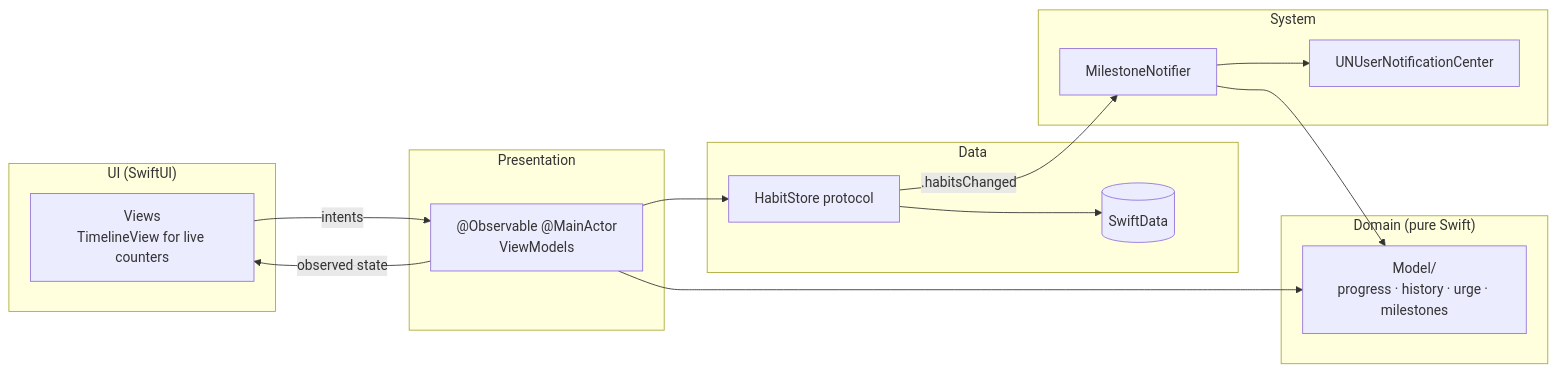
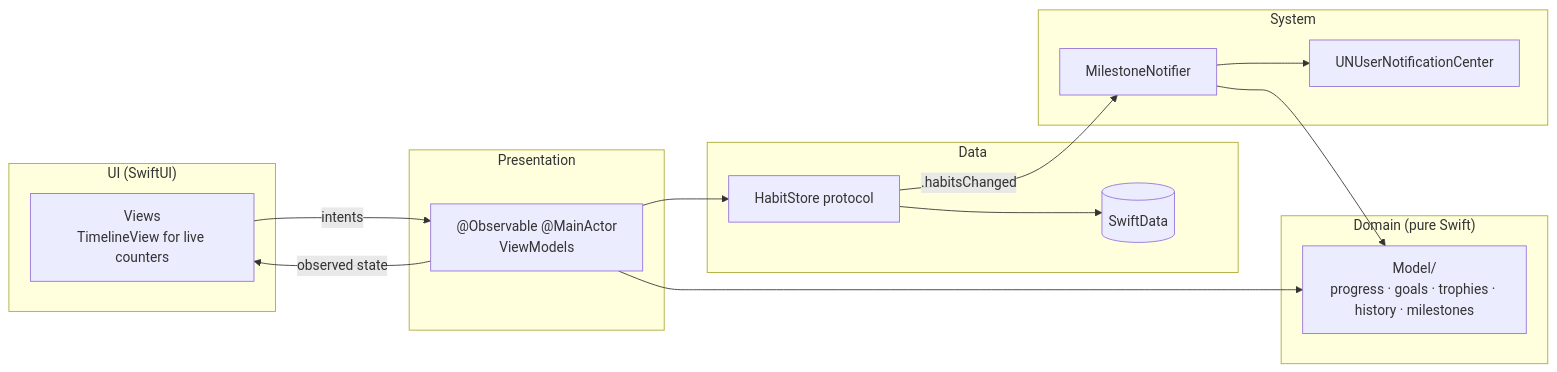
The diagram in README.md (devArthur4718/holdout-ios), drawn with Mermaid before and after one commit. The commit also changed other lines of this file and 30 other files, not shown here.

````diff
--- a/README.md
+++ b/README.md
@@ -50,29 +47,29 @@
 ```mermaid
 flowchart LR
     subgraph UI["UI (SwiftUI)"]
         Views["Views<br/>TimelineView for live counters"]
     end
     subgraph Presentation
         VM["@Observable @MainActor<br/>ViewModels"]
     end
     subgraph Domain["Domain (pure Swift)"]
-        Model["Model/<br/>progress · history · urge · milestones"]
+        Model["Model/<br/>progress · goals · trophies · history · milestones"]
     end
     subgraph Data
         Store["HabitStore protocol"]
         SD[("SwiftData")]
     end
     subgraph System
         Notifier["MilestoneNotifier"]
         UN["UNUserNotificationCenter"]
     end
 
     Views -- "intents" --> VM
     VM -- "observed state" --> Views
     VM --> Model
     VM --> Store
     Store --> SD
     Store -- ".habitsChanged" --> Notifier
     Notifier --> Model
     Notifier --> UN
 ```
````
